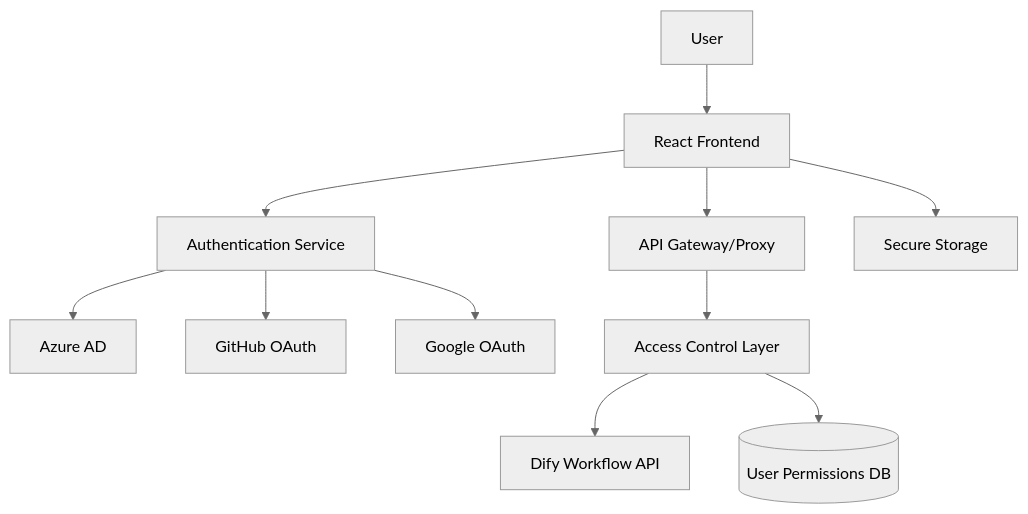
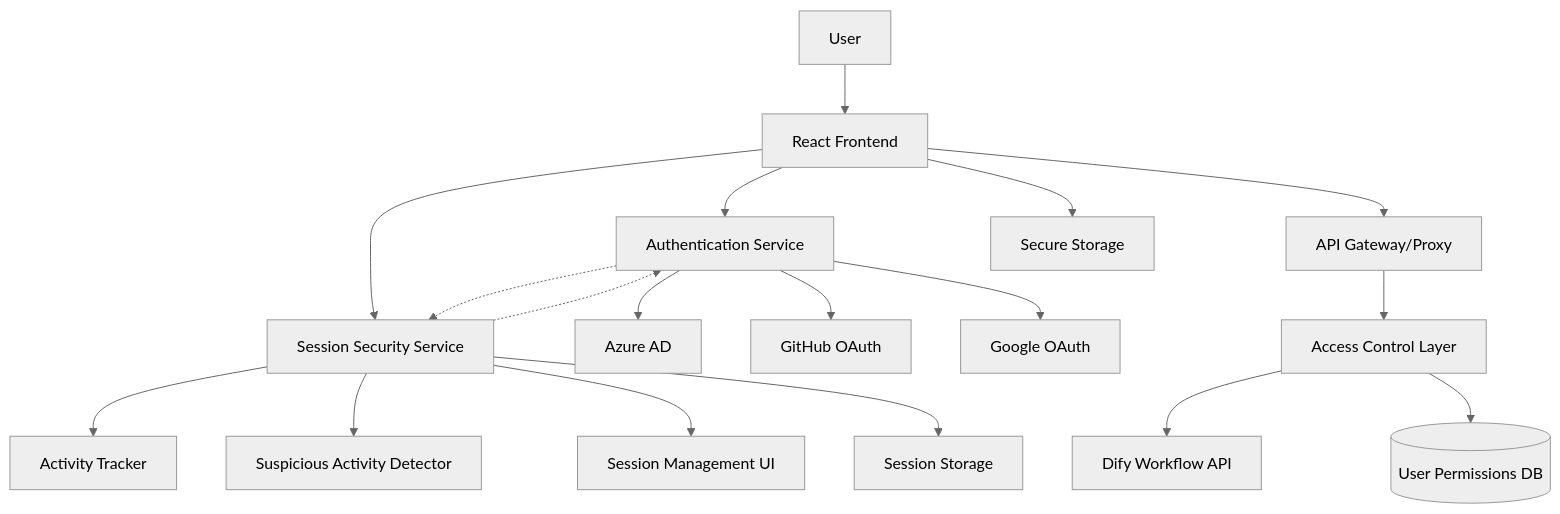
The diagram in .kiro/specs/dify-workflow-frontend/design.md (yamatairiku-dev/dify-frontend-with-kiro), drawn with Mermaid (neutral theme) before and after one commit. The commit also changed other lines of this file and 25 other files, not shown here.

````diff
--- a/.kiro/specs/dify-workflow-frontend/design.md
+++ b/.kiro/specs/dify-workflow-frontend/design.md
@@ -23,16 +24,25 @@
 ```mermaid
 graph TB
     User[User] --> Frontend[React Frontend]
     Frontend --> AuthService[Authentication Service]
+    Frontend --> SessionSecurity[Session Security Service]
     Frontend --> APIGateway[API Gateway/Proxy]
 
     AuthService --> Azure[Azure AD]
     AuthService --> GitHub[GitHub OAuth]
     AuthService --> Google[Google OAuth]
 
+    SessionSecurity --> ActivityTracker[Activity Tracker]
+    SessionSecurity --> SuspiciousDetector[Suspicious Activity Detector]
+    SessionSecurity --> SessionUI[Session Management UI]
+
     APIGateway --> AccessControl[Access Control Layer]
     AccessControl --> DifyAPI[Dify Workflow API]
 
     Frontend --> LocalStorage[Secure Storage]
+    SessionSecurity --> SessionStorage[Session Storage]
     AccessControl --> UserDB[(User Permissions DB)]
+    
+    SessionSecurity -.-> AuthService
+    AuthService -.-> SessionSecurity
 ```
````
